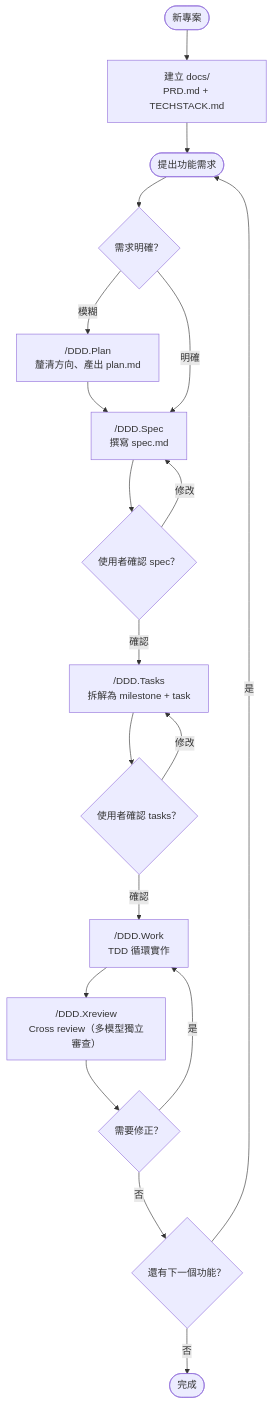
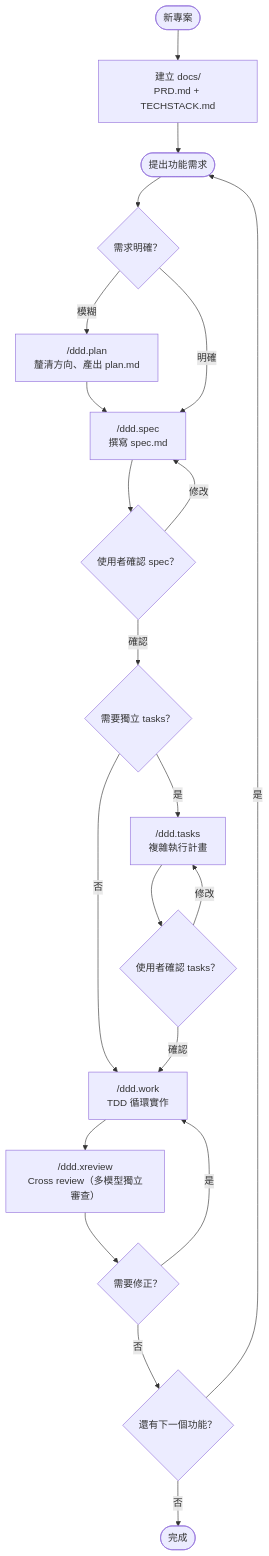
Before and after one commit to applepig/ddd-workflow: the first of 2 diagrams in README.md, drawn with Mermaid. The commit also changed other lines of this file and 49 other files, not shown here.

````diff
--- a/README.md
+++ b/README.md
@@ -36,26 +36,28 @@
 ```mermaid
 flowchart TD
     Start([新專案]) --> Init["建立 docs/<br/>PRD.md + TECHSTACK.md"]
     Init --> Feature([提出功能需求])
 
     Feature --> Clarity{需求明確？}
 
-    Clarity -- 模糊 --> Plan["/DDD.Plan<br/>釐清方向、產出 plan.md"]
+    Clarity -- 模糊 --> Plan["/ddd.plan<br/>釐清方向、產出 plan.md"]
     Plan --> Spec
 
-    Clarity -- 明確 --> Spec["/DDD.Spec<br/>撰寫 spec.md"]
+    Clarity -- 明確 --> Spec["/ddd.spec<br/>撰寫 spec.md"]
     Spec --> UserSpec{使用者確認 spec？}
     UserSpec -- 修改 --> Spec
-    UserSpec -- 確認 --> Tasks
+    UserSpec -- 確認 --> NeedTasks{需要獨立 tasks？}
 
-    Tasks["/DDD.Tasks<br/>拆解為 milestone + task"] --> UserTasks{使用者確認 tasks？}
+    NeedTasks -- 否 --> Work
+    NeedTasks -- 是 --> Tasks
+    Tasks["/ddd.tasks<br/>複雜執行計畫"] --> UserTasks{使用者確認 tasks？}
     UserTasks -- 修改 --> Tasks
     UserTasks -- 確認 --> Work
 
-    Work["/DDD.Work<br/>TDD 循環實作"] --> Review
-    Review["/DDD.Xreview<br/>Cross review（多模型獨立審查）"] --> Fix{需要修正？}
+    Work["/ddd.work<br/>TDD 循環實作"] --> Review
+    Review["/ddd.xreview<br/>Cross review（多模型獨立審查）"] --> Fix{需要修正？}
     Fix -- 是 --> Work
     Fix -- 否 --> Next{還有下一個功能？}
     Next -- 是 --> Feature
     Next -- 否 --> Done([完成])
 ```
````
